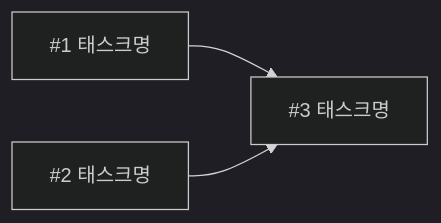
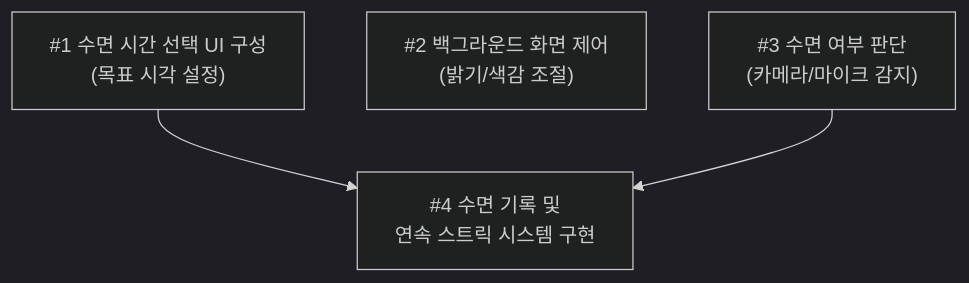
Before and after one commit to khwoo1803-hanyang/aix-2026f-team11: the diagram in docs/week-05.md, drawn with Mermaid (dark theme). The commit also changed other lines of this file, not shown here.

````diff
--- a/docs/week-05.md
+++ b/docs/week-05.md
@@ -47,5 +47,10 @@
 ```mermaid
-graph LR
-  T1["#1 태스크명"] --> T3["#3 태스크명"]
-  T2["#2 태스크명"] --> T3
+graph TD
+    T1["#1 수면 시간 선택 UI 구성<br/>(목표 시각 설정)"]
+    T2["#2 백그라운드 화면 제어<br/>(밝기/색감 조절)"]
+    T3["#3 수면 여부 판단<br/>(카메라/마이크 감지)"]
+    T4["#4 수면 기록 및<br/>연속 스트릭 시스템 구현"]
+
+    T1 --> T4
+    T3 --> T4
 ```
````
